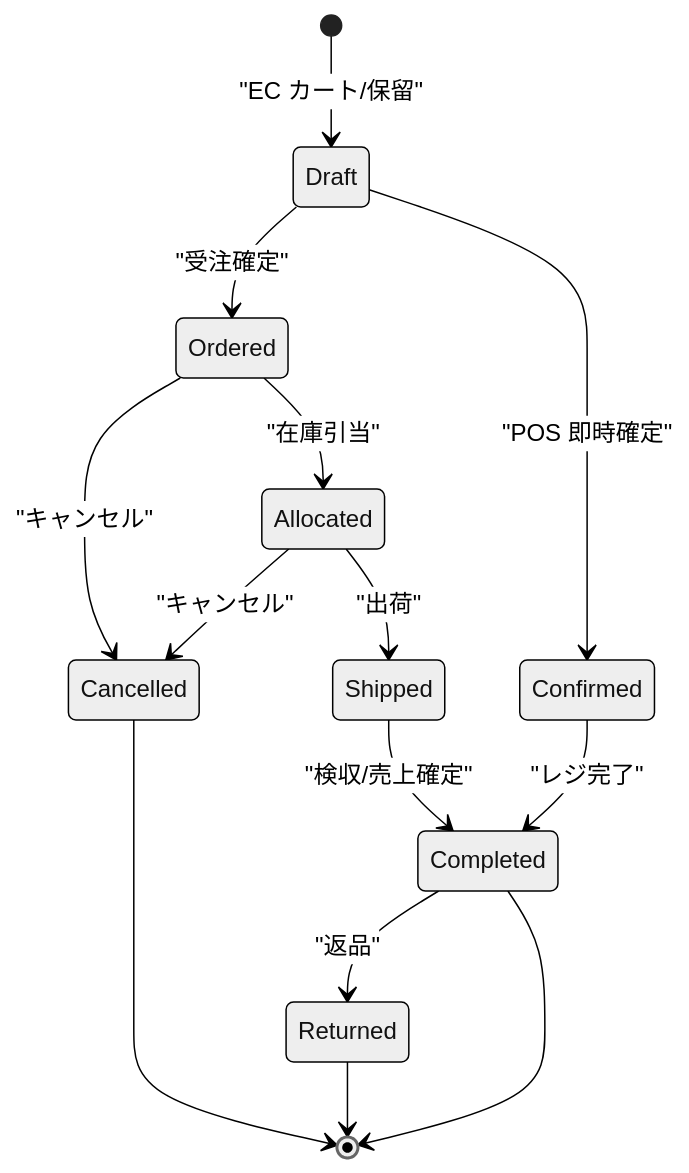
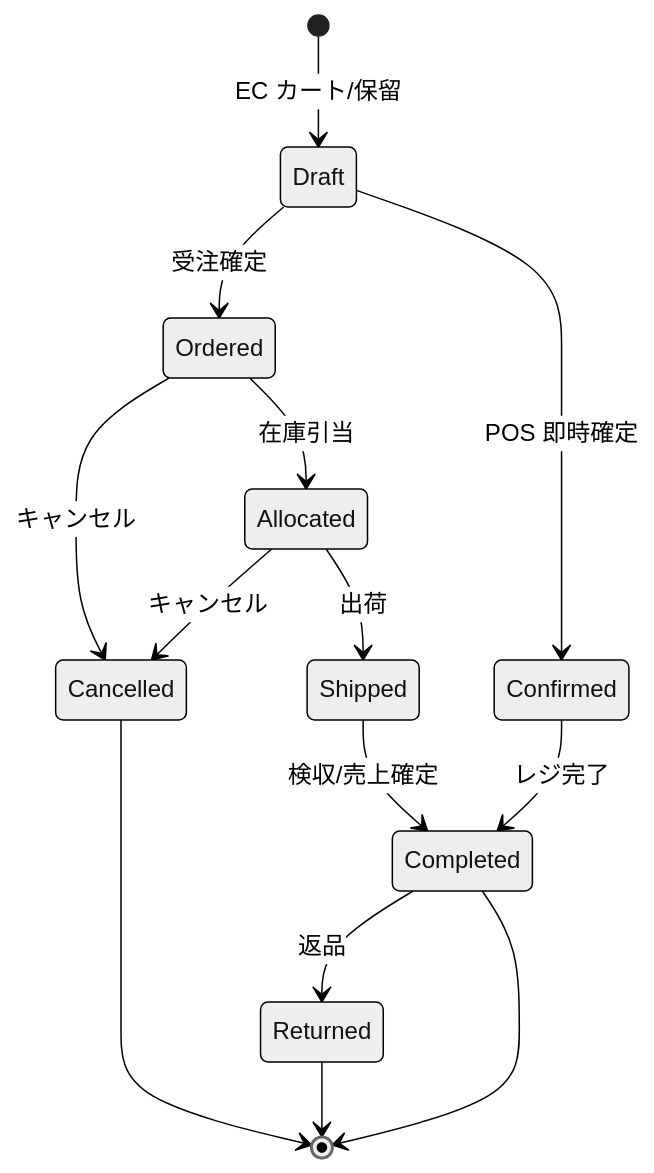
The second of 3 diagrams in docs/platform-design/database-design/31-oltp-retail-schema.md (TSUNAGUBA/akebono-honshu), drawn with Mermaid (neutral theme) before and after one commit. The commit also changed other lines of this file and 30 other files, not shown here.

````diff
--- a/docs/platform-design/database-design/31-oltp-retail-schema.md
+++ b/docs/platform-design/database-design/31-oltp-retail-schema.md
@@ -180,16 +180,16 @@
 ```mermaid
 stateDiagram-v2
-    [*] --> Draft: "EC カート/保留"
-    Draft --> Ordered: "受注確定"
-    Ordered --> Allocated: "在庫引当"
-    Allocated --> Shipped: "出荷"
-    Shipped --> Completed: "検収/売上確定"
-    Draft --> Confirmed: "POS 即時確定"
-    Confirmed --> Completed: "レジ完了"
-    Ordered --> Cancelled: "キャンセル"
-    Allocated --> Cancelled: "キャンセル"
-    Completed --> Returned: "返品"
+    [*] --> Draft: EC カート/保留
+    Draft --> Ordered: 受注確定
+    Ordered --> Allocated: 在庫引当
+    Allocated --> Shipped: 出荷
+    Shipped --> Completed: 検収/売上確定
+    Draft --> Confirmed: POS 即時確定
+    Confirmed --> Completed: レジ完了
+    Ordered --> Cancelled: キャンセル
+    Allocated --> Cancelled: キャンセル
+    Completed --> Returned: 返品
     Cancelled --> [*]
     Returned --> [*]
     Completed --> [*]
 ```
````
